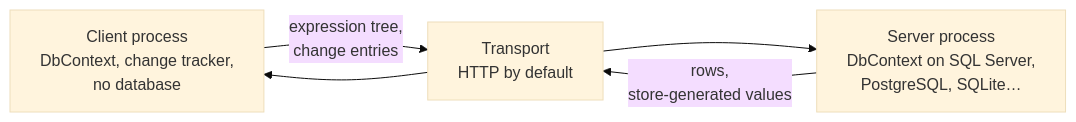
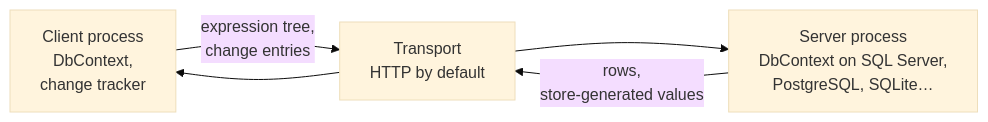
The diagram in website/docs/index.md (azabluda/InfoCarrier.Core), drawn with Mermaid (base theme) before and after one commit. The commit also changed other lines of this file and 4 other files, not shown here.

````diff
--- a/website/docs/index.md
+++ b/website/docs/index.md
@@ -61,7 +69,7 @@
 ```mermaid
 graph LR
-    A["Client process<br/>DbContext, change tracker,<br/>no database"] -->|"expression tree,<br/>change entries"| B["Transport<br/>HTTP by default"]
+    A["Client process<br/>DbContext,<br/>change tracker"] -->|"expression tree,<br/>change entries"| B["Transport<br/>HTTP by default"]
     B --> C["Server process<br/>DbContext on SQL Server,<br/>PostgreSQL, SQLite…"]
     C -->|"rows,<br/>store-generated values"| B
     B --> A
 ```
````
